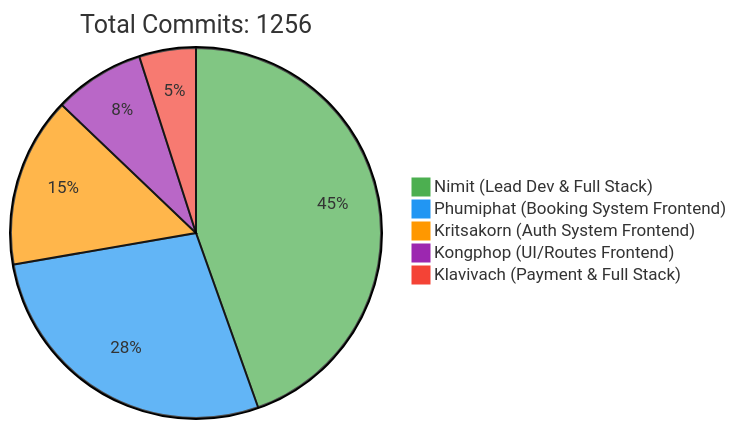
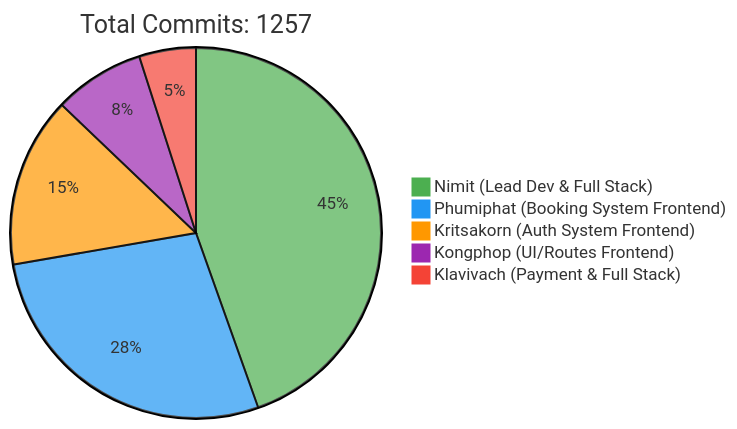
The first of 2 diagrams in README.md (6531503042/Sport-Complex), drawn with Mermaid before and after one commit. The commit also changed other lines of this file, not shown here.

Commit message:
docs: Update contributor statistics [skip ci]

````diff
--- a/README.md
+++ b/README.md
@@ -257,10 +257,10 @@
 ```mermaid
 %%{init: {'theme': 'base', 'themeVariables': { 'pie1': '#4CAF50', 'pie2': '#2196F3', 'pie3': '#FF9800', 'pie4': '#9C27B0', 'pie5': '#F44336'}}}%%
 pie
-    title Total Commits: 1256
+    title Total Commits: 1257
     "Nimit (Lead Dev & Full Stack)" : 450
     "Phumiphat (Booking System Frontend)" : 280
     "Kritsakorn (Auth System Frontend)" : 150
     "Kongphop (UI/Routes Frontend)" : 80
     "Klavivach (Payment & Full Stack)" : 50
 ```
````
